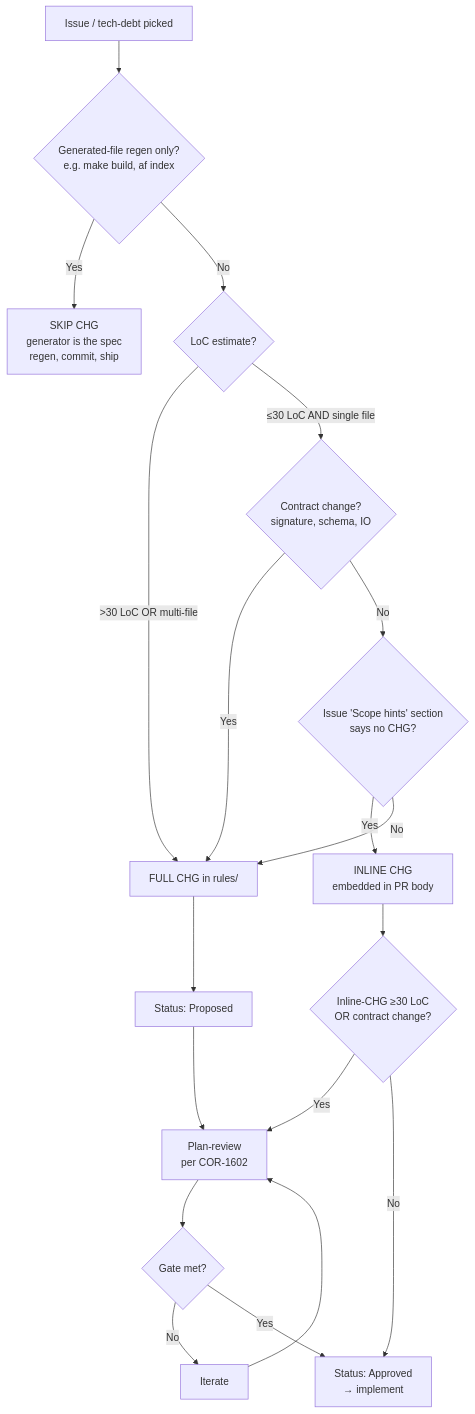
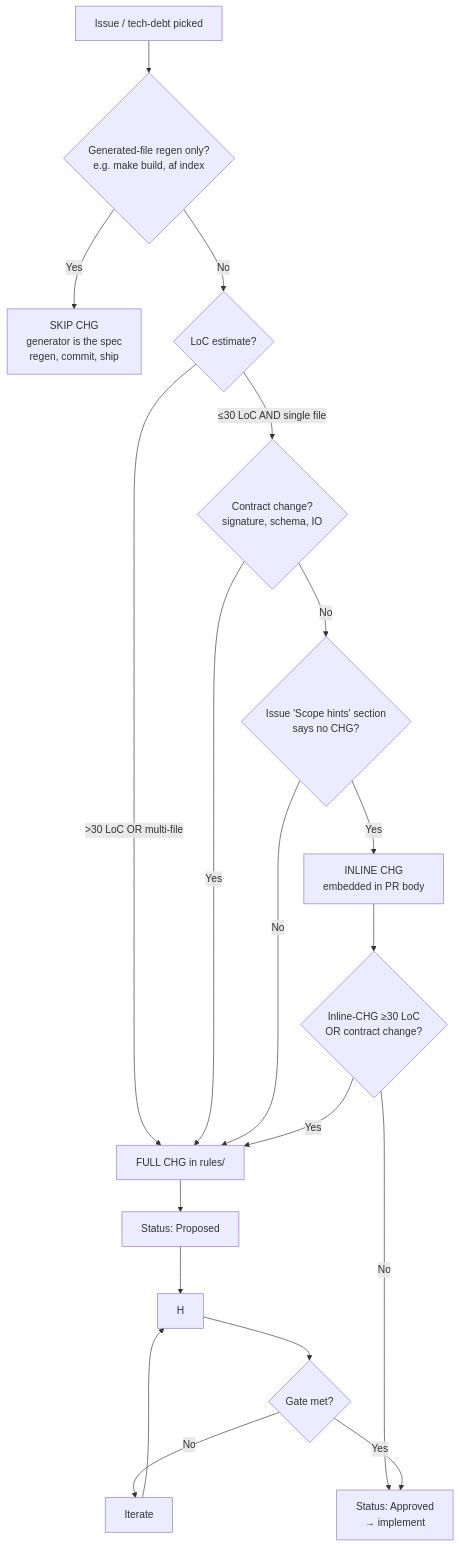
One commit to frankyxhl/alfred changed the diagram in src/fx_alfred/rules/COR-1104-SOP-CHG-Sizing-Decision-Tree.md. Above: the diagram before and after it, drawn with Mermaid. The commit also changed other lines of this file and 2 other files, not shown here.

First paragraph of the commit message:
docs(cor): R4 — fix codex bot's 3 P2 cross-doc findings on PR #117
All three are real cross-doc / self-contradiction defects per COR-1612
(blocking). Fixes:

````diff
--- a/src/fx_alfred/rules/COR-1104-SOP-CHG-Sizing-Decision-Tree.md
+++ b/src/fx_alfred/rules/COR-1104-SOP-CHG-Sizing-Decision-Tree.md
@@ -49,21 +49,21 @@
 ```mermaid
 flowchart TD
     A[Issue / tech-debt picked] --> X{Generated-file regen only?<br/>e.g. make build, af index}
     X -- Yes --> Z1[SKIP CHG<br/>generator is the spec<br/>regen, commit, ship]
     X -- No --> B{LoC estimate?}
     B -- ">30 LoC OR multi-file" --> C[FULL CHG in rules/]
     B -- "≤30 LoC AND single file" --> D{Contract change?<br/>signature, schema, IO}
     D -- Yes --> C
     D -- No --> E{Issue 'Scope hints' section<br/>says no CHG?}
     E -- Yes --> F[INLINE CHG<br/>embedded in PR body]
     E -- No --> C
     F --> P{Inline-CHG ≥30 LoC<br/>OR contract change?}
-    P -- Yes --> H[Plan-review<br/>per COR-1602]
+    P -- Yes --> C
     P -- No --> K[Status: Approved<br/>→ implement]
     C --> G[Status: Proposed]
     G --> H
     H --> I{Gate met?}
     I -- No --> J[Iterate]
     J --> H
     I -- Yes --> K
 ```
````
